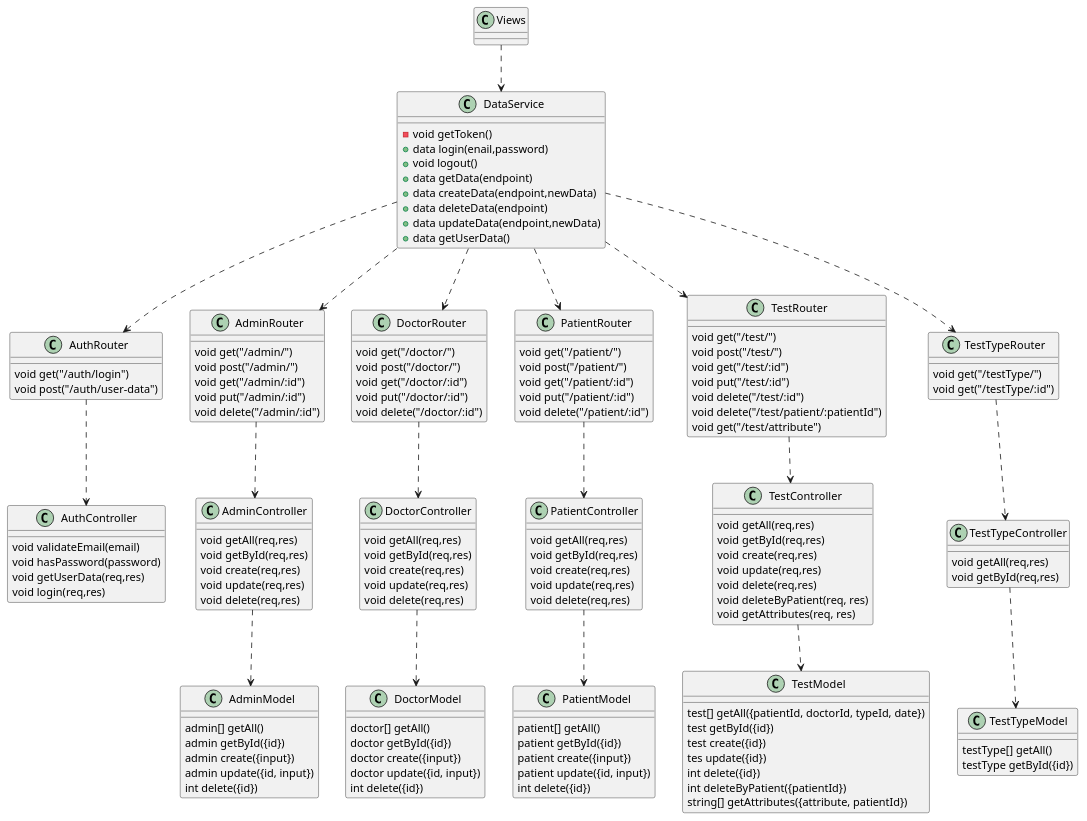
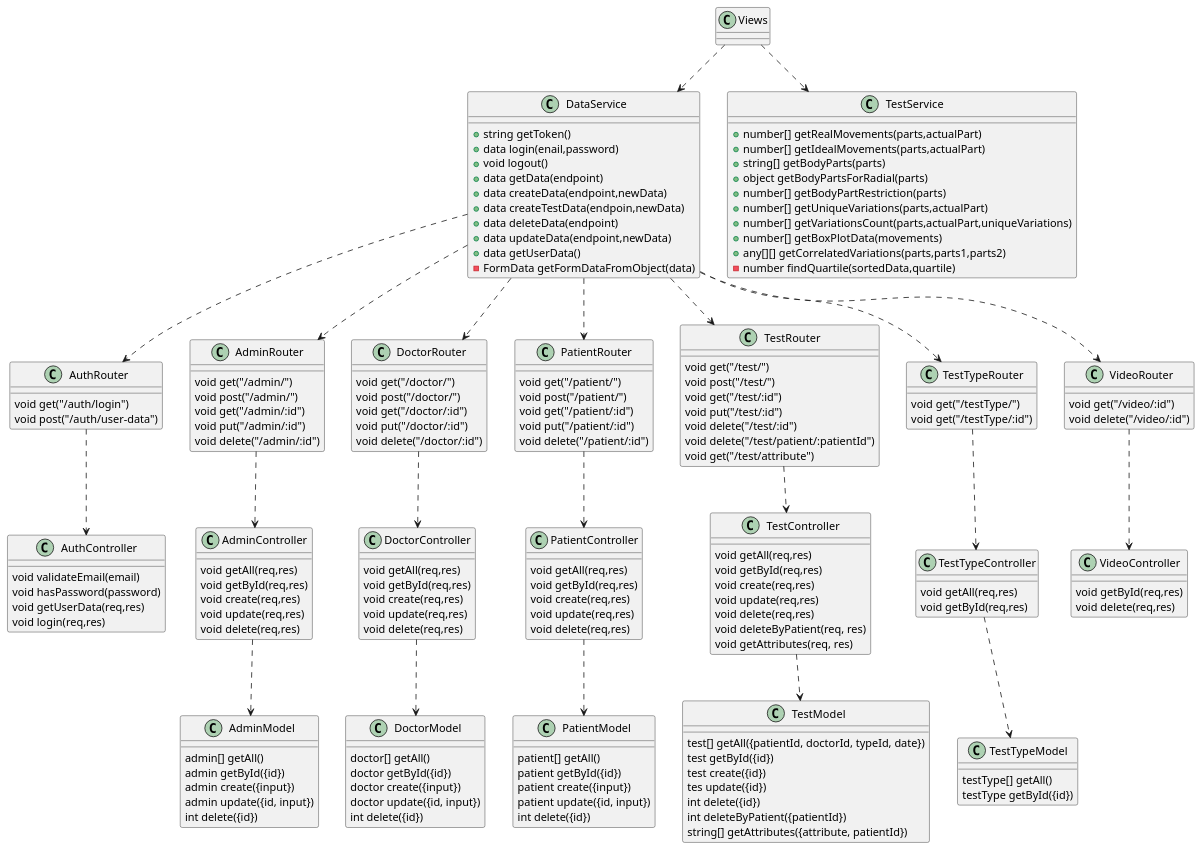
Before and after one commit to TFG-SGM/memoria: the second of 2 diagrams in templateAPP/input/chapters/04_resultado.md, drawn with PlantUML. The commit also changed other lines of this file and 17 other files, not shown here.

Commit message:
update diagrams

```diff
--- a/templateAPP/input/chapters/04_resultado.md
+++ b/templateAPP/input/chapters/04_resultado.md
@@ -74,6 +74,7 @@
 @startuml
 
 Views ..> DataService
+Views ..> TestService
 
 DataService ..> AuthRouter
 DataService ..> AdminRouter
@@ -81,6 +82,7 @@
 DataService ..> PatientRouter
 DataService ..> TestRouter
 DataService ..> TestTypeRouter
+DataService ..> VideoRouter
 
 AuthRouter ..> AuthController
 AdminRouter ..> AdminController
@@ -88,6 +90,7 @@
 PatientRouter ..> PatientController
 TestRouter ..> TestController
 TestTypeRouter ..> TestTypeController
+VideoRouter ..> VideoController
 
 AdminController ..> AdminModel
 DoctorController ..> DoctorModel
@@ -95,15 +98,30 @@
 TestController ..> TestModel
 TestTypeController ..> TestTypeModel
 
+class TestService {
+	+number[] getRealMovements(parts,actualPart)
+    +number[] getIdealMovements(parts,actualPart)
+    +string[] getBodyParts(parts)
+    +object getBodyPartsForRadial(parts)
+    +number[] getBodyPartRestriction(parts)
+    +number[] getUniqueVariations(parts,actualPart)
+    +number[] getVariationsCount(parts,actualPart,uniqueVariations)
+    +number[] getBoxPlotData(movements)
+    +any[][] getCorrelatedVariations(parts,parts1,parts2)
+    -number findQuartile(sortedData,quartile)
+}
+
 class DataService {
-    -void getToken()
+    +string getToken()
 	+data login(enail,password)
 	+void logout()
 	+data getData(endpoint)
 	+data createData(endpoint,newData) 
+	+data createTestData(endpoin,newData)
 	+data deleteData(endpoint) 
 	+data updateData(endpoint,newData) 
 	+data getUserData() 
+	-FormData getFormDataFromObject(data) 
 }
 
 class AuthRouter {
@@ -150,6 +168,10 @@
 	void get("/testType/:id")
 }
 
+class VideoRouter {
+	void get("/video/:id")
+	void delete("/video/:id")
+}
 
 class AuthController {
 	void validateEmail(email)
@@ -197,6 +219,11 @@
 	void getById(req,res)
 }
 
+class VideoController {
+	void getById(req,res)
+	void delete(req,res)
+}
+
 class AdminModel {
 	admin[] getAll()
 	admin getById({id})
```
